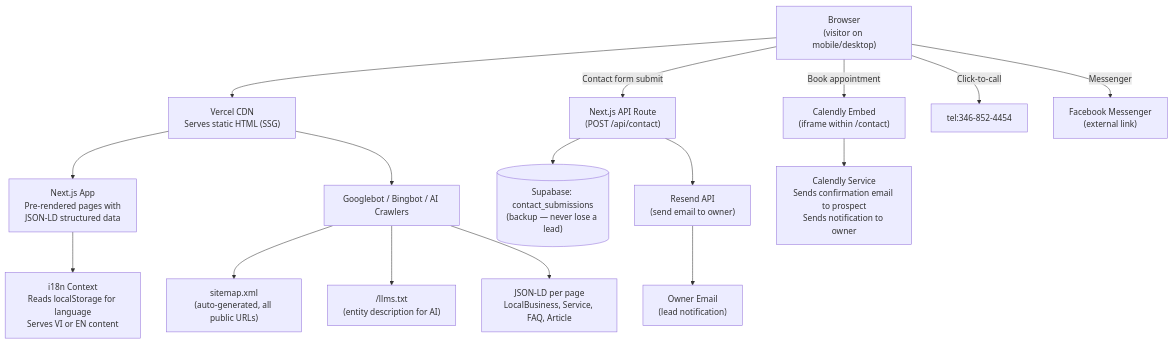
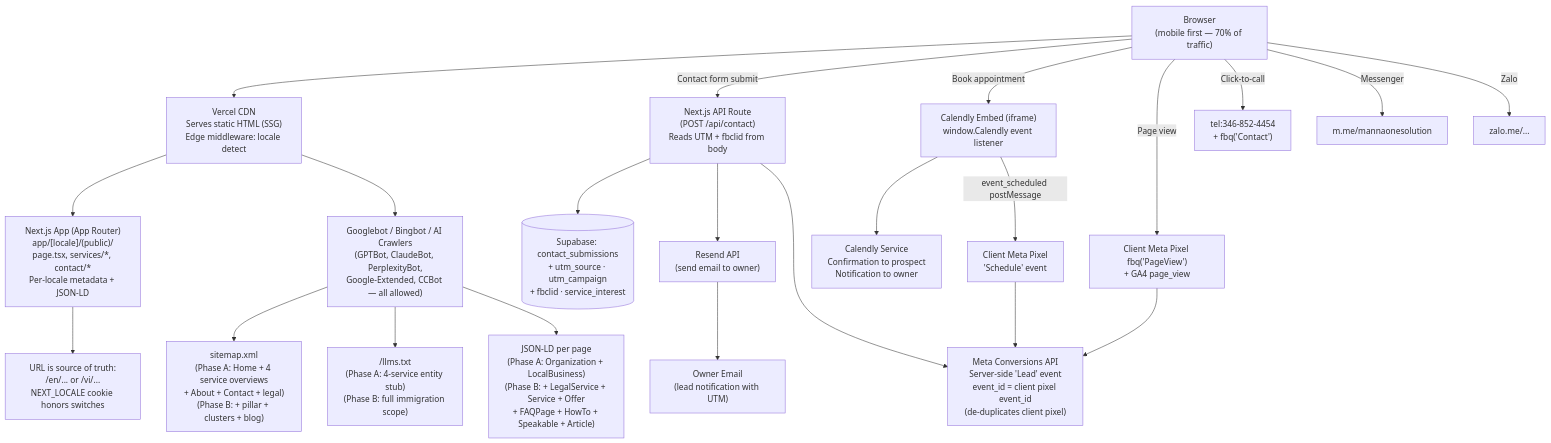
One commit to ChrisNguyenUS/business_plan changed the second of 16 diagrams in docs/superpowers/specs/2026-04-10-mannaos-website-prd.md. Above: the diagram before and after it, drawn with Mermaid. The commit also changed other lines of this file and 81 other files, not shown here.

Commit message:
feat: complete MOS Internal Staff App Phase 1 (Tasks 10-12, PDF generation, USCIS tracking, tracker UI)

````diff
--- a/docs/superpowers/specs/2026-04-10-mannaos-website-prd.md
+++ b/docs/superpowers/specs/2026-04-10-mannaos-website-prd.md
@@ -1179,25 +1411,32 @@
 ```mermaid
 flowchart TD
-    Browser["Browser\n(visitor on mobile/desktop)"]
-        --> Vercel["Vercel CDN\nServes static HTML (SSG)"]
+    Browser["Browser\n(mobile first — 70% of traffic)"]
+        --> Vercel["Vercel CDN\nServes static HTML (SSG)\nEdge middleware: locale detect"]
 
-    Vercel --> NextJS["Next.js App\nPre-rendered pages with\nJSON-LD structured data"]
+    Vercel --> NextJS["Next.js App (App Router)\napp/[locale]/(public)/\npage.tsx, services/*, contact/*\nPer-locale metadata + JSON-LD"]
 
-    NextJS --> i18n["i18n Context\nReads localStorage for language\nServes VI or EN content"]
+    NextJS --> LocaleRoute["URL is source of truth:\n/en/... or /vi/...\nNEXT_LOCALE cookie honors switches"]
 
-    Browser -->|Contact form submit| APIRoute["Next.js API Route\n(POST /api/contact)"]
-    APIRoute --> ContactDB[("Supabase: contact_submissions\n(backup — never lose a lead)")]
+    Browser -->|Contact form submit| APIRoute["Next.js API Route\n(POST /api/contact)\nReads UTM + fbclid from body"]
+    APIRoute --> ContactDB[("Supabase: contact_submissions\n+ utm_source · utm_campaign\n+ fbclid · service_interest")]
     APIRoute --> Resend["Resend API\n(send email to owner)"]
-    Resend --> OwnerEmail["Owner Email\n(lead notification)"]
+    APIRoute --> MetaCAPI["Meta Conversions API\nServer-side 'Lead' event\nevent_id = client pixel event_id\n(de-duplicates client pixel)"]
+    Resend --> OwnerEmail["Owner Email\n(lead notification with UTM)"]
 
-    Browser -->|Book appointment| Calendly["Calendly Embed\n(iframe within /contact)"]
-    Calendly --> CalendlyAPI["Calendly Service\nSends confirmation email to prospect\nSends notification to owner"]
+    Browser -->|Book appointment| Calendly["Calendly Embed (iframe)\nwindow.Calendly event listener"]
+    Calendly --> CalendlyAPI["Calendly Service\nConfirmation to prospect\nNotification to owner"]
+    Calendly -->|event_scheduled postMessage| ClientPixel["Client Meta Pixel\n'Schedule' event"]
+    ClientPixel --> MetaCAPI
 
-    Browser -->|Click-to-call| Phone["tel:346-852-4454"]
-    Browser -->|Messenger| Facebook["Facebook Messenger\n(external link)"]
+    Browser -->|Page view| Pixel["Client Meta Pixel fbq('PageView')\n+ GA4 page_view"]
+    Pixel --> MetaCAPI
 
-    Vercel --> GoogleBot["Googlebot / Bingbot / AI Crawlers"]
-    GoogleBot --> Sitemap["sitemap.xml\n(auto-generated, all public URLs)"]
-    GoogleBot --> LlmsTxt["/llms.txt\n(entity description for AI)"]
-    GoogleBot --> JsonLD["JSON-LD per page\nLocalBusiness, Service, FAQ, Article"]
+    Browser -->|Click-to-call| Phone["tel:346-852-4454\n+ fbq('Contact')"]
+    Browser -->|Messenger| FB["m.me/mannaonesolution"]
+    Browser -->|Zalo| Zalo["zalo.me/..."]
+
+    Vercel --> GoogleBot["Googlebot / Bingbot / AI Crawlers\n(GPTBot, ClaudeBot, PerplexityBot,\nGoogle-Extended, CCBot — all allowed)"]
+    GoogleBot --> Sitemap["sitemap.xml\n(Phase A: Home + 4 service overviews\n+ About + Contact + legal)\n(Phase B: + pillar + clusters + blog)"]
+    GoogleBot --> LlmsTxt["/llms.txt\n(Phase A: 4-service entity stub)\n(Phase B: full immigration scope)"]
+    GoogleBot --> JsonLD["JSON-LD per page\n(Phase A: Organization + LocalBusiness)\n(Phase B: + LegalService + Service + Offer\n+ FAQPage + HowTo + Speakable + Article)"]
 ```
````
